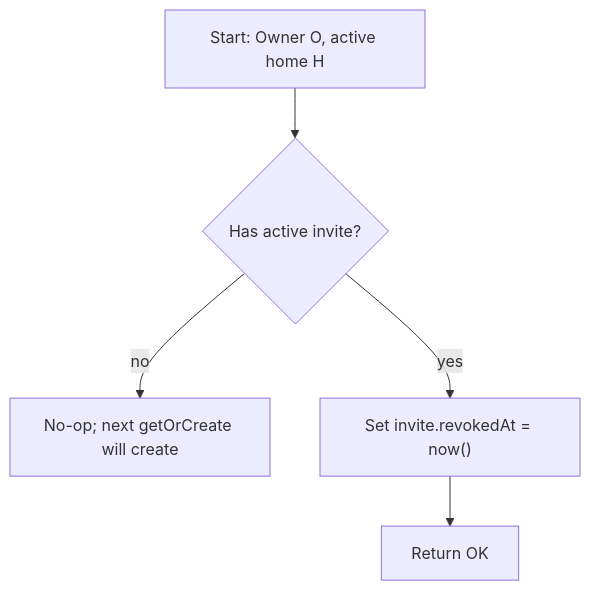
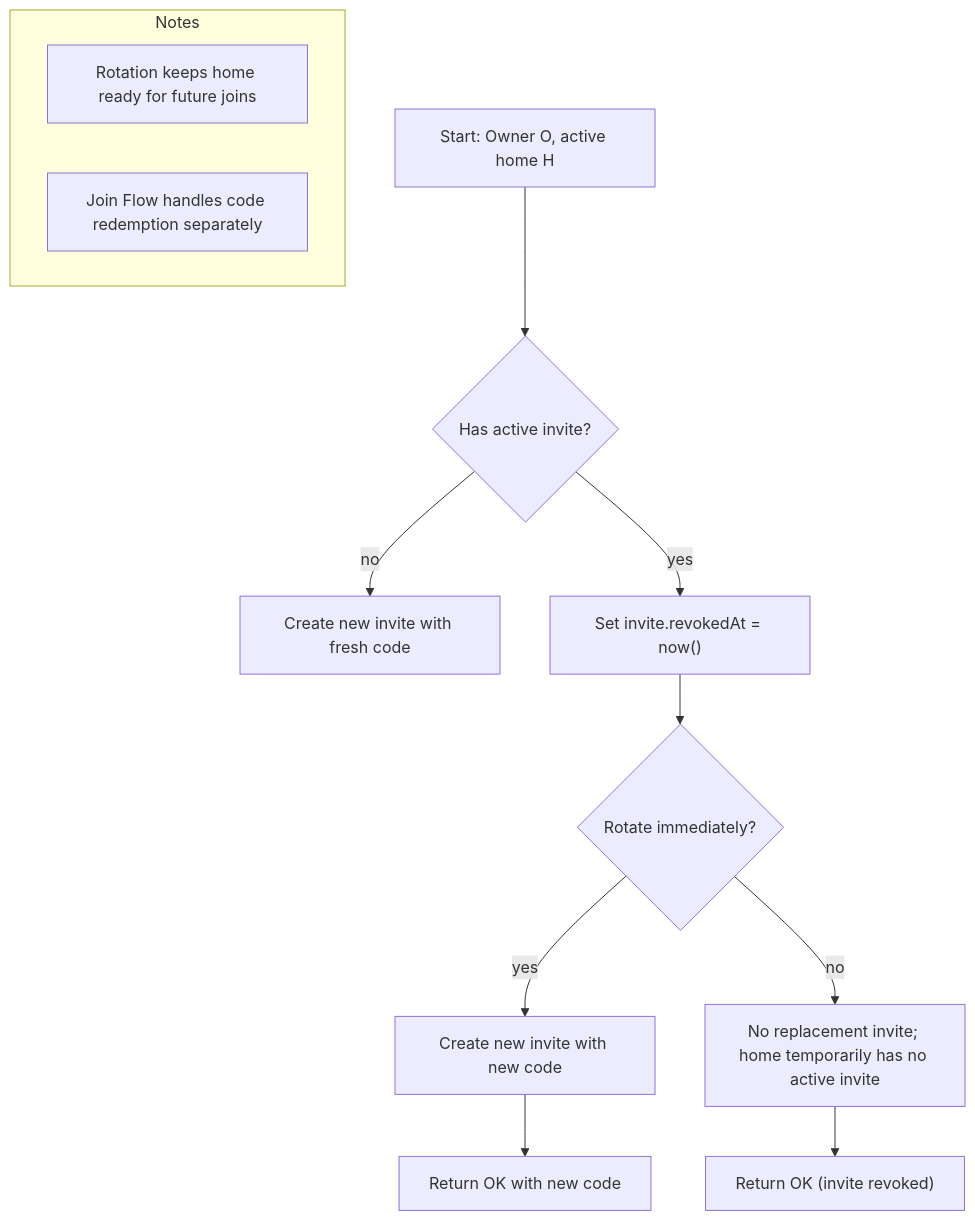
The diagram in docs/diagrams/home_membership/invite_rotation.md (pariszhuang123/kinly), drawn with Mermaid before and after one commit. The commit also changed other lines of this file and 8 other files, not shown here.

Commit message:
Update home_membership diagram

````diff
--- a/docs/diagrams/home_membership/invite_rotation.md
+++ b/docs/diagrams/home_membership/invite_rotation.md
@@ -1,9 +1,17 @@
 ```mermaid
 
 flowchart TD
-  A[Start: Owner O, active home H] --> B{Has active invite?}
-  B -- no --> C[No-op; next getOrCreate will create]
+  A["Start: Owner O, active home H"] --> B{Has active invite?}
+  B -- no --> C["Create new invite with fresh code"]
   B -- yes --> D["Set invite.revokedAt = now()"]
-  D --> E[Return OK]
+  D --> E{Rotate immediately?}
+  E -- yes --> F["Create new invite with new code"]
+  E -- no --> G["No replacement invite; home temporarily has no active invite"]
+  F --> H["Return OK with new code"]
+  G --> I["Return OK (invite revoked)"]
 
+  subgraph Notes
+    J["Rotation keeps home ready for future joins"]
+    K["Join Flow handles code redemption separately"]
+  end
 ```
````
